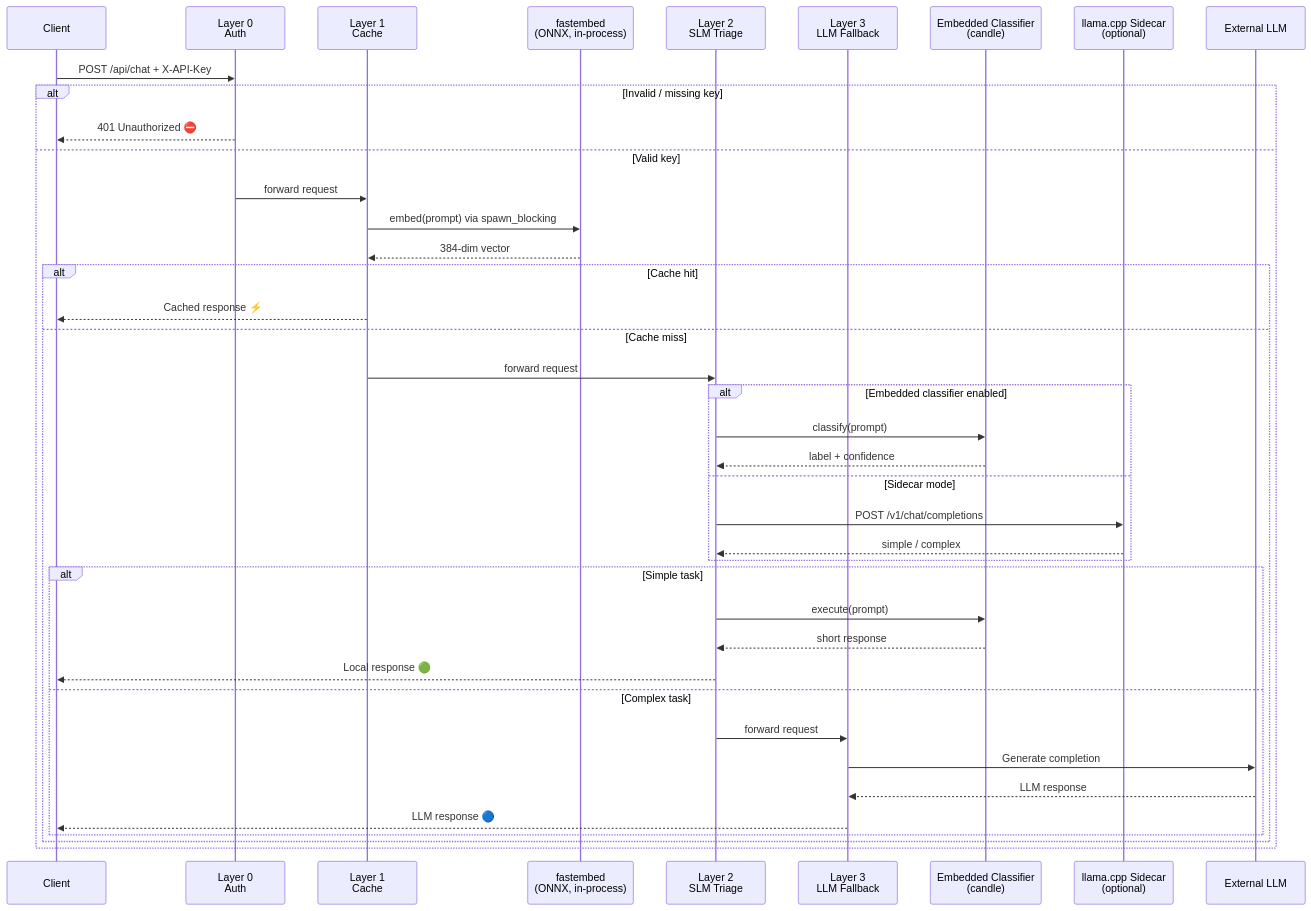
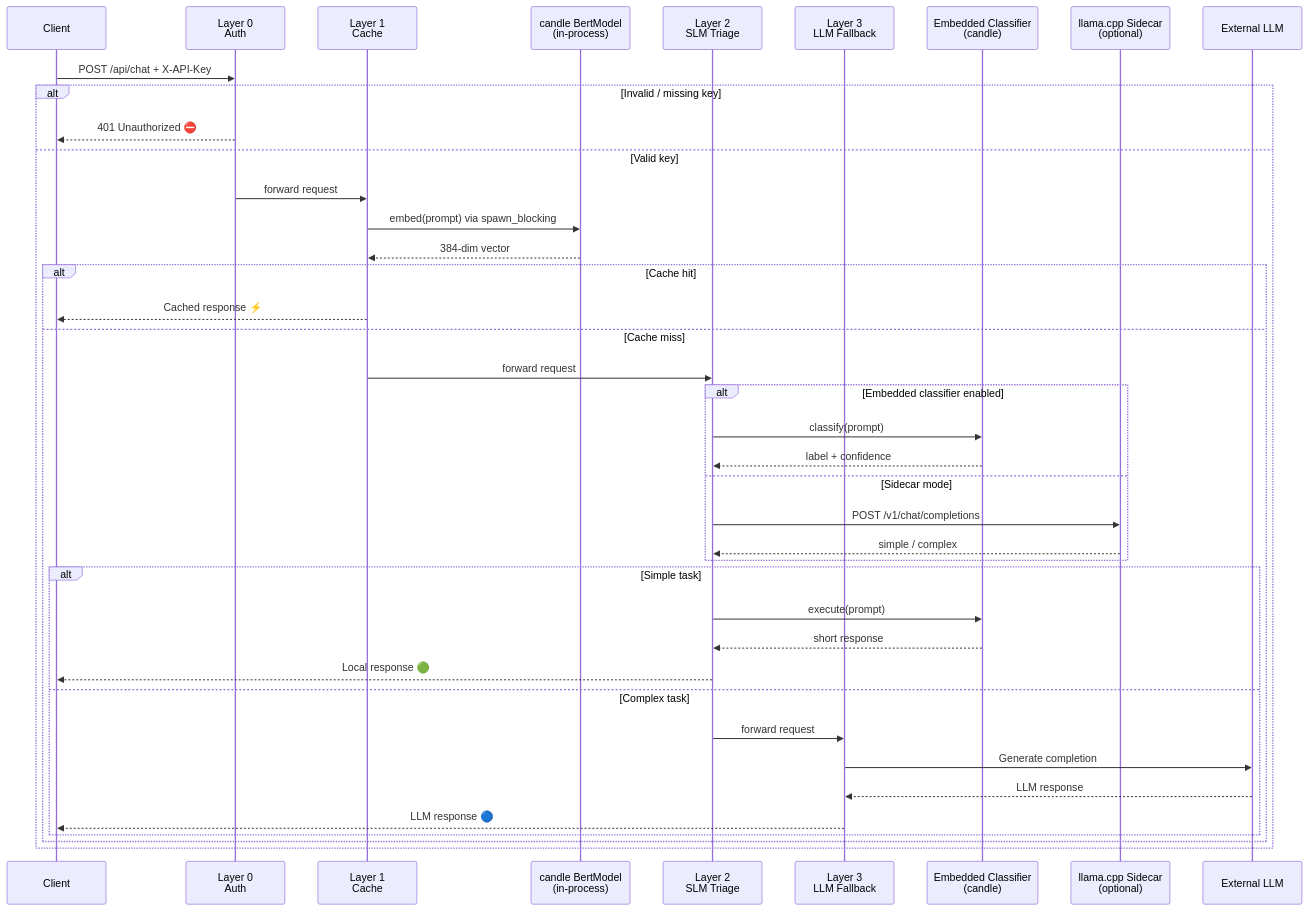
Before and after one commit to isartor-ai/Isartor: the second of 4 diagrams in architecture.md, drawn with Mermaid. The commit also changed other lines of this file and 6 other files, not shown here.

First line of the commit message:
chore: remove all ONNX / fastembed references

````diff
--- a/architecture.md
+++ b/architecture.md
@@ -80,43 +80,43 @@
 ```mermaid
 sequenceDiagram
     participant Client
     participant L0 as Layer 0<br/>Auth
     participant L1 as Layer 1<br/>Cache
-    participant FE as fastembed<br/>(ONNX, in-process)
+    participant FE as candle BertModel<br/>(in-process)
     participant L2 as Layer 2<br/>SLM Triage
     participant L3 as Layer 3<br/>LLM Fallback
     participant EC as Embedded Classifier<br/>(candle)
     participant SLM as llama.cpp Sidecar<br/>(optional)
     participant LLM as External LLM
 
     Client->>L0: POST /api/chat + X-API-Key
     alt Invalid / missing key
         L0-->>Client: 401 Unauthorized ⛔
     else Valid key
         L0->>L1: forward request
         L1->>FE: embed(prompt) via spawn_blocking
         FE-->>L1: 384-dim vector
         alt Cache hit
             L1-->>Client: Cached response ⚡
         else Cache miss
             L1->>L2: forward request
             alt Embedded classifier enabled
                 L2->>EC: classify(prompt)
                 EC-->>L2: label + confidence
             else Sidecar mode
                 L2->>SLM: POST /v1/chat/completions
                 SLM-->>L2: simple / complex
             end
             alt Simple task
                 L2->>EC: execute(prompt)
                 EC-->>L2: short response
                 L2-->>Client: Local response 🟢
             else Complex task
                 L2->>L3: forward request
                 L3->>LLM: Generate completion
                 LLM-->>L3: LLM response
                 L3-->>Client: LLM response 🔵
             end
         end
     end
 ```
````
